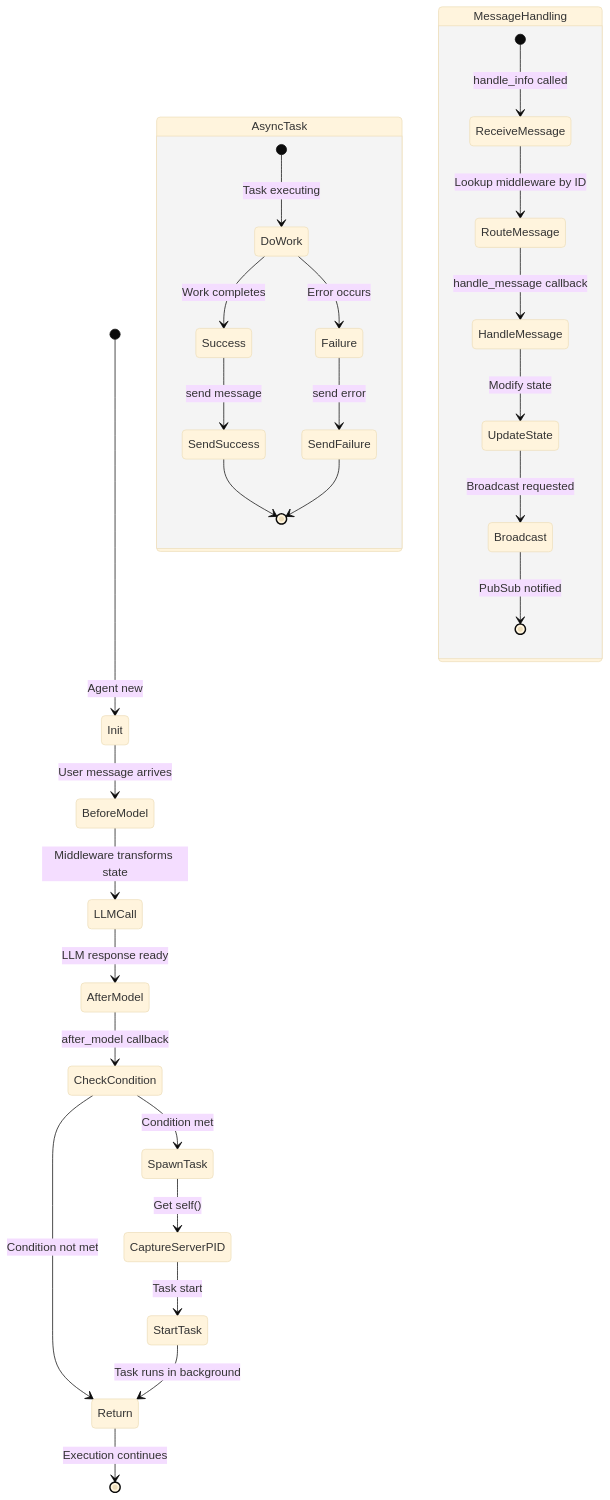
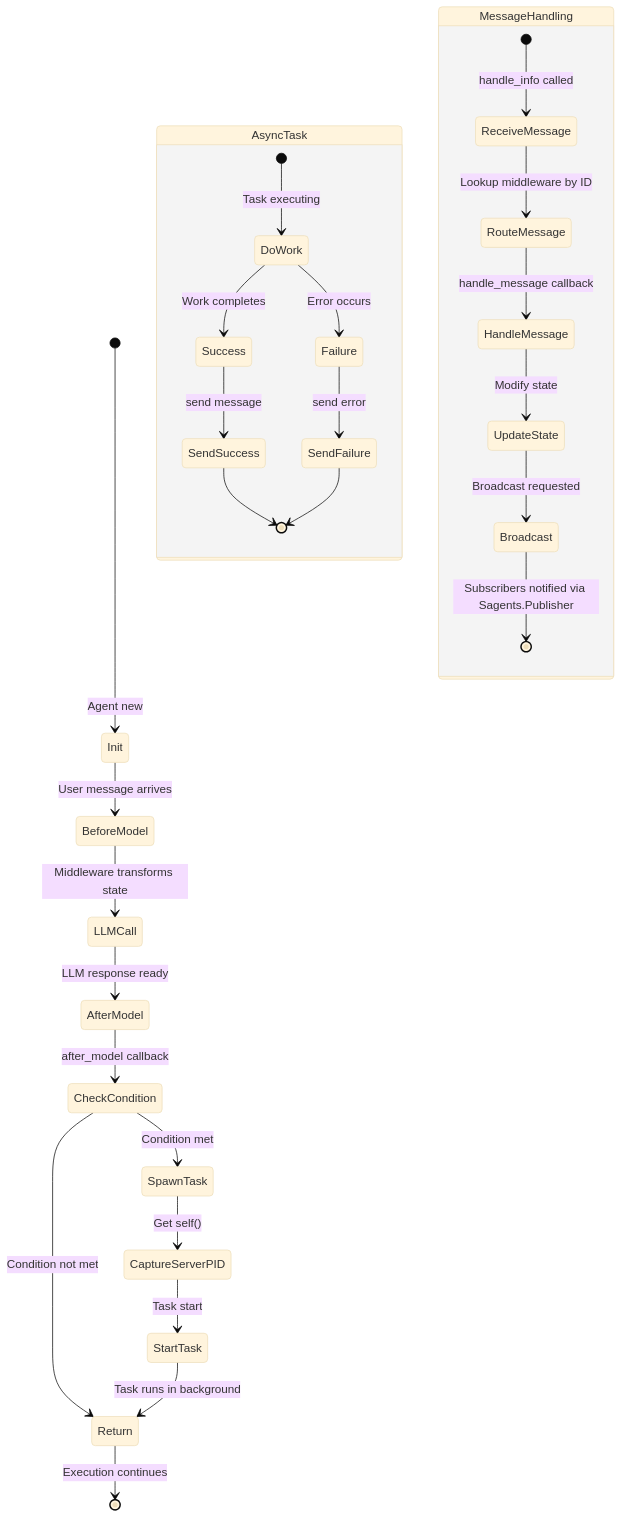
The second of 2 diagrams in docs/middleware_messaging.md (sagents-ai/sagents), drawn with Mermaid (base theme) before and after one commit. The commit also changed other lines of this file and 38 other files, not shown here.

First line of the commit message:
Replace Phoenix.PubSub with direct subscriptions for agent events (#79)

````diff
--- a/docs/middleware_messaging.md
+++ b/docs/middleware_messaging.md
@@ -142,35 +142,35 @@
 ```mermaid
 stateDiagram-v2
     [*] --> Init: Agent new
     Init --> BeforeModel: User message arrives
     BeforeModel --> LLMCall: Middleware transforms state
     LLMCall --> AfterModel: LLM response ready
     AfterModel --> CheckCondition: after_model callback
 
     CheckCondition --> SpawnTask: Condition met
     CheckCondition --> Return: Condition not met
 
     SpawnTask --> CaptureServerPID: Get self()
     CaptureServerPID --> StartTask: Task start
     StartTask --> Return: Task runs in background
     Return --> [*]: Execution continues
 
     state AsyncTask {
         [*] --> DoWork: Task executing
         DoWork --> Success: Work completes
         DoWork --> Failure: Error occurs
         Success --> SendSuccess: send message
         Failure --> SendFailure: send error
         SendSuccess --> [*]
         SendFailure --> [*]
     }
 
     state MessageHandling {
         [*] --> ReceiveMessage: handle_info called
         ReceiveMessage --> RouteMessage: Lookup middleware by ID
         RouteMessage --> HandleMessage: handle_message callback
         HandleMessage --> UpdateState: Modify state
         UpdateState --> Broadcast: Broadcast requested
-        Broadcast --> [*]: PubSub notified
+        Broadcast --> [*]: Subscribers notified via Sagents.Publisher
     }
 ```
````
